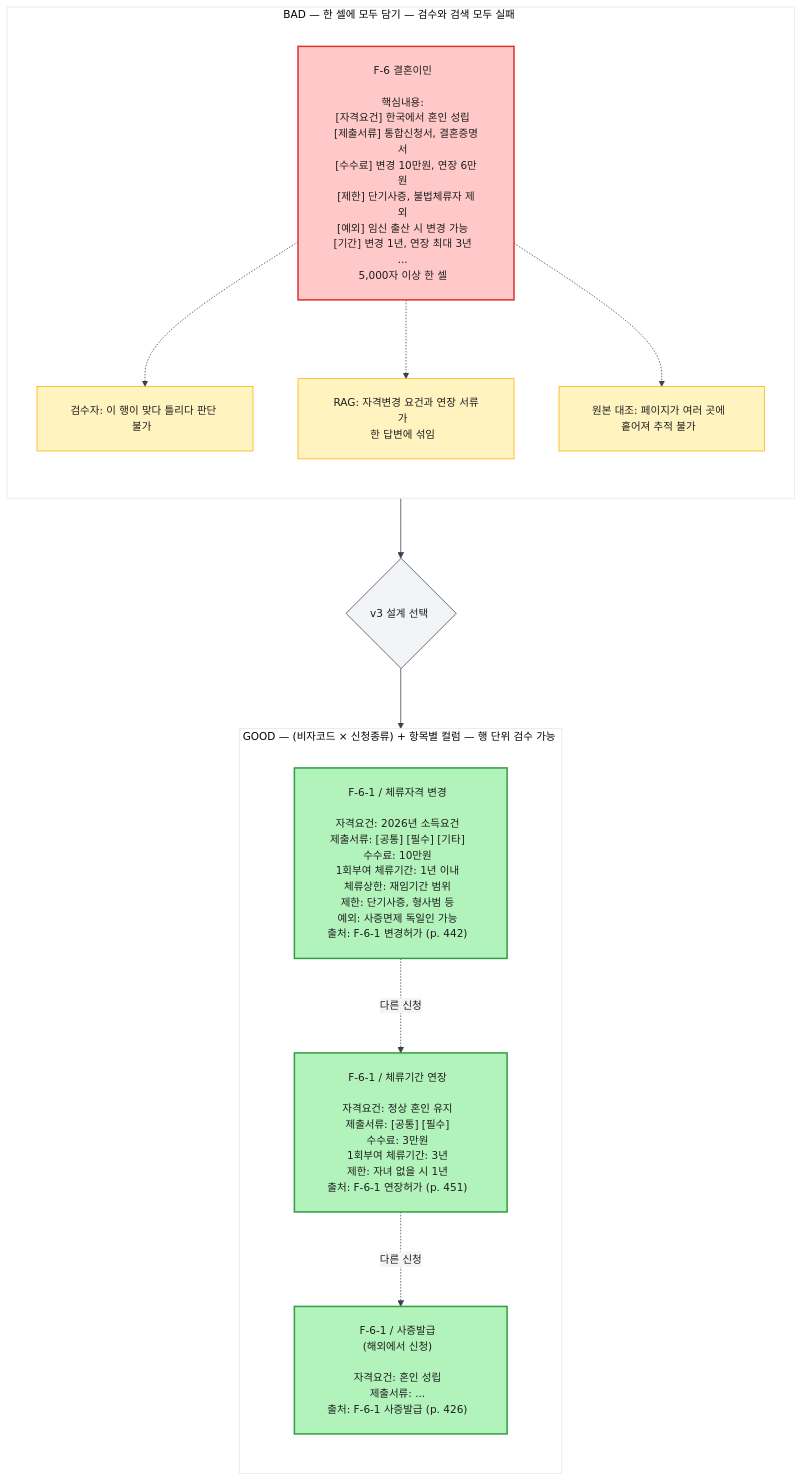
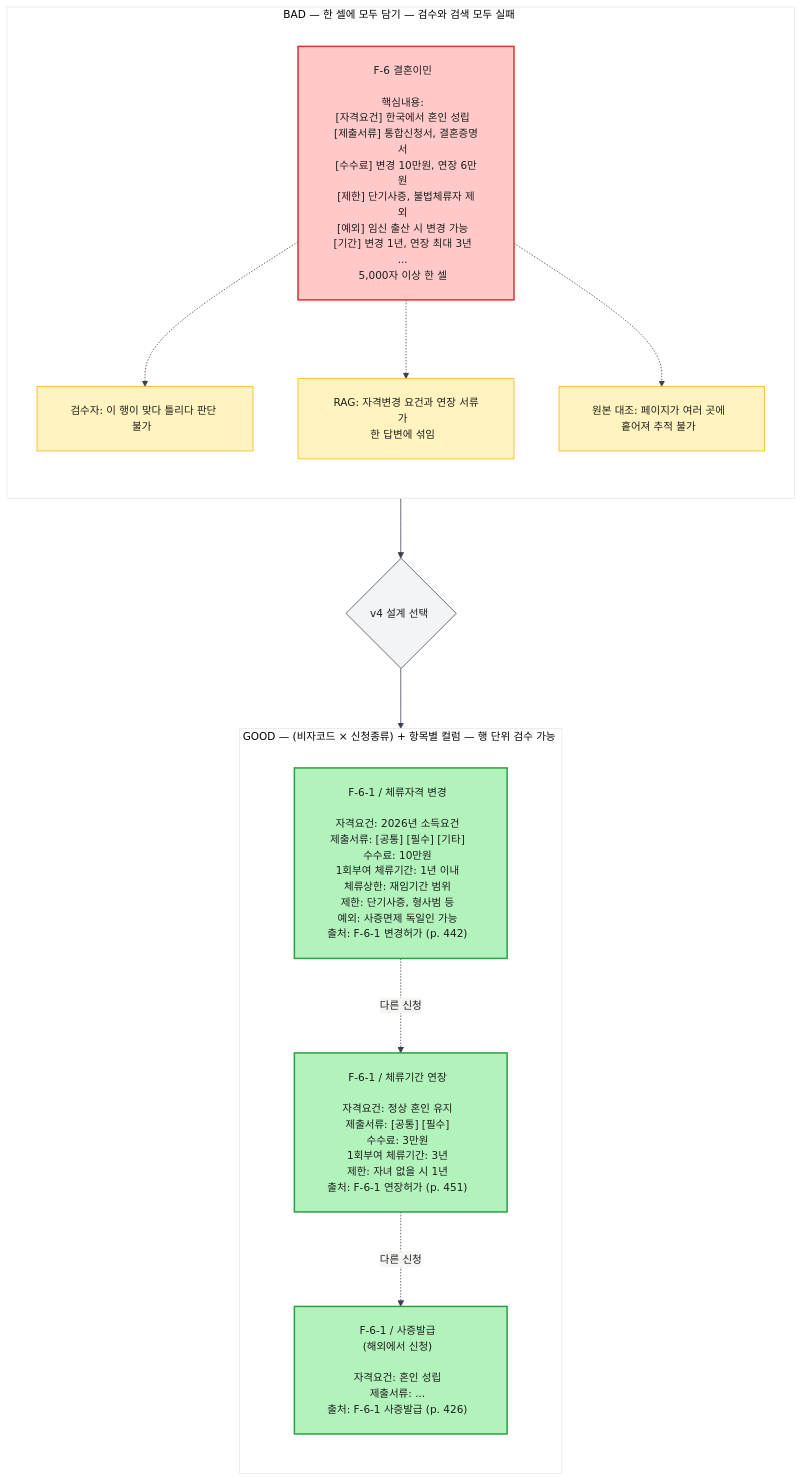
One commit to jhkim0602/-Vizabridge-IT-AI- changed the diagram in docs/diagrams/column_design_rationale.mmd. Above: the diagram before and after it, drawn with Mermaid. The commit also changed 64 other files, not shown here.

```diff
--- a/docs/diagrams/column_design_rationale.mmd
+++ b/docs/diagrams/column_design_rationale.mmd
@@ -1,24 +1,24 @@
 %%{init: {'theme': 'base', 'themeVariables': {'fontFamily': 'Helvetica, sans-serif', 'fontSize': '14px', 'primaryColor': '#f3f4f6', 'primaryTextColor': '#1e1e1e', 'primaryBorderColor': '#374151', 'lineColor': '#374151'}, 'flowchart': {'curve': 'basis', 'padding': 22, 'nodeSpacing': 60, 'rankSpacing': 80}}}%%
 flowchart TB
     classDef bad fill:#ffc9c9,stroke:#e03131,stroke-width:2px,color:#1e1e1e
     classDef good fill:#b2f2bb,stroke:#2f9e44,stroke-width:2px,color:#1e1e1e
     classDef note fill:#fff3bf,stroke:#fab005,stroke-width:1px,color:#1e1e1e
 
     subgraph BAD["BAD — 한 셀에 모두 담기 — 검수와 검색 모두 실패&nbsp;"]
         direction TB
         B1["F-6 결혼이민&nbsp;&nbsp;<br/><br/>핵심내용:&nbsp;&nbsp;<br/>[자격요건] 한국에서 혼인 성립&nbsp;&nbsp;<br/>[제출서류] 통합신청서, 결혼증명서&nbsp;&nbsp;<br/>[수수료] 변경 10만원, 연장 6만원&nbsp;&nbsp;<br/>[제한] 단기사증, 불법체류자 제외&nbsp;&nbsp;<br/>[예외] 임신 출산 시 변경 가능&nbsp;&nbsp;<br/>[기간] 변경 1년, 연장 최대 3년&nbsp;&nbsp;<br/>...&nbsp;&nbsp;<br/>5,000자 이상 한 셀&nbsp;&nbsp;"]:::bad
         B1 -.-> B2["검수자: 이 행이 맞다 틀리다 판단 불가&nbsp;&nbsp;"]:::note
         B1 -.-> B3["RAG: 자격변경 요건과 연장 서류가&nbsp;&nbsp;<br/>한 답변에 섞임&nbsp;&nbsp;"]:::note
         B1 -.-> B4["원본 대조: 페이지가 여러 곳에&nbsp;&nbsp;<br/>흩어져 추적 불가&nbsp;&nbsp;"]:::note
     end
 
     subgraph GOOD["GOOD — (비자코드 × 신청종류) + 항목별 컬럼 — 행 단위 검수 가능&nbsp;"]
         direction TB
         G1["F-6-1 / 체류자격 변경&nbsp;&nbsp;<br/><br/>자격요건: 2026년 소득요건&nbsp;&nbsp;<br/>제출서류: [공통] [필수] [기타]&nbsp;&nbsp;<br/>수수료: 10만원&nbsp;&nbsp;<br/>1회부여 체류기간: 1년 이내&nbsp;&nbsp;<br/>체류상한: 재임기간 범위&nbsp;&nbsp;<br/>제한: 단기사증, 형사범 등&nbsp;&nbsp;<br/>예외: 사증면제 독일인 가능&nbsp;&nbsp;<br/>출처: F-6-1 변경허가 (p. 442)&nbsp;&nbsp;"]:::good
         G2["F-6-1 / 체류기간 연장&nbsp;&nbsp;<br/><br/>자격요건: 정상 혼인 유지&nbsp;&nbsp;<br/>제출서류: [공통] [필수]&nbsp;&nbsp;<br/>수수료: 3만원&nbsp;&nbsp;<br/>1회부여 체류기간: 3년&nbsp;&nbsp;<br/>제한: 자녀 없을 시 1년&nbsp;&nbsp;<br/>출처: F-6-1 연장허가 (p. 451)&nbsp;&nbsp;"]:::good
         G3["F-6-1 / 사증발급&nbsp;&nbsp;<br/>(해외에서 신청)&nbsp;&nbsp;<br/><br/>자격요건: 혼인 성립&nbsp;&nbsp;<br/>제출서류: ...&nbsp;&nbsp;<br/>출처: F-6-1 사증발급 (p. 426)&nbsp;&nbsp;"]:::good
         G1 -.다른 신청.-> G2
         G2 -.다른 신청.-> G3
     end
 
-    BAD --> X{"v3 설계 선택&nbsp;"} --> GOOD
+    BAD --> X{"v4 설계 선택&nbsp;"} --> GOOD
```
